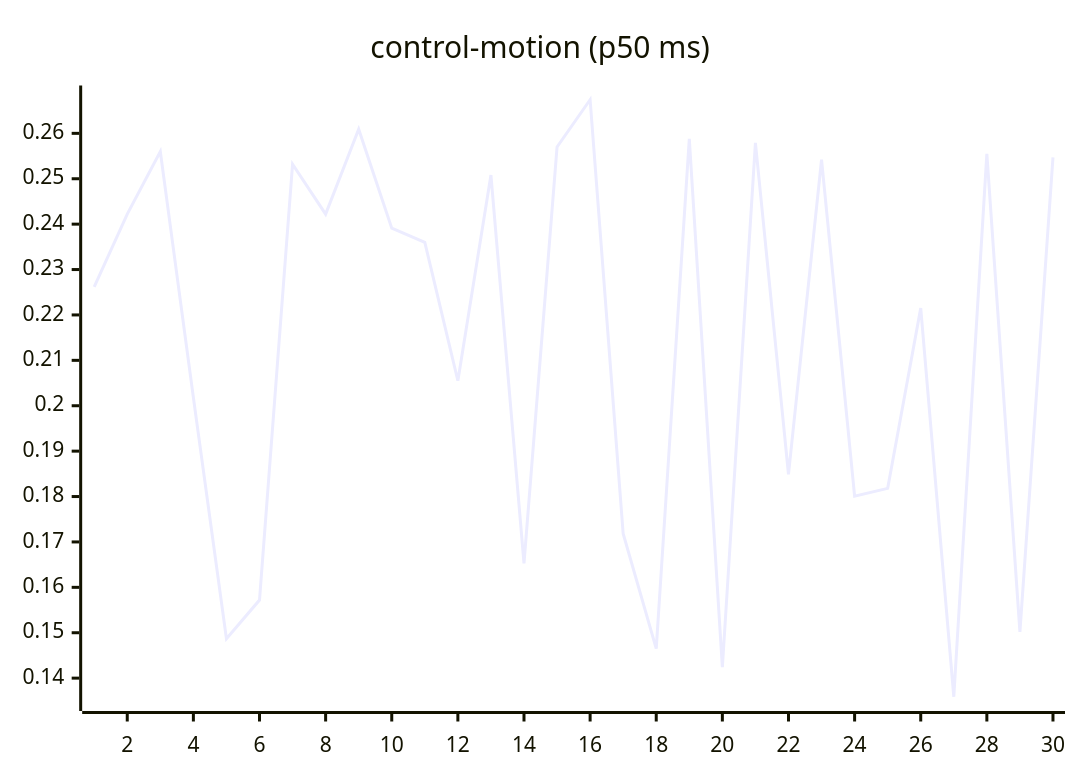
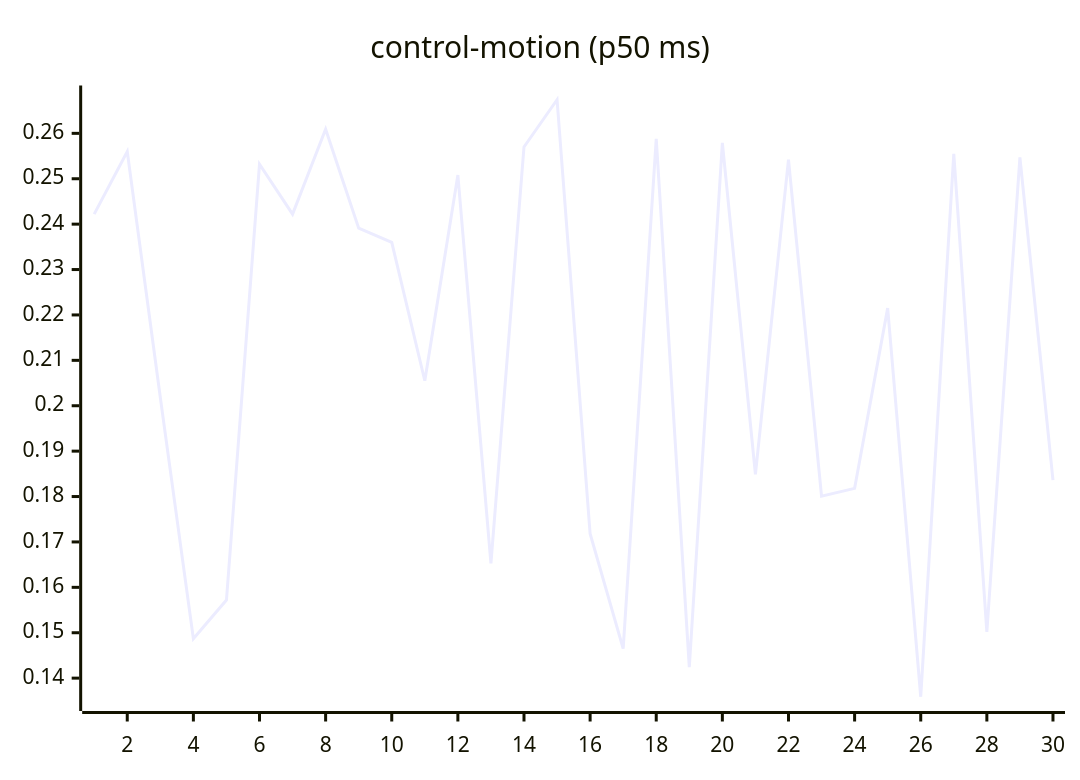
One commit to josha/Facet changed the seventh of 27 diagrams in README.md. Above: the diagram before and after it, drawn with Mermaid. The commit also changed other lines of this file and 2 other files, not shown here.

````diff
--- a/README.md
+++ b/README.md
@@ -105,6 +105,6 @@
 ```mermaid
 xychart-beta
     title "control-motion (p50 ms)"
     x-axis 1 --> 30
-    line [0.2262, 0.2422, 0.2560, 0.2018, 0.1487, 0.1572, 0.2532, 0.2422, 0.2609, 0.2391, 0.2360, 0.2055, 0.2508, 0.1653, 0.2570, 0.2674, 0.1718, 0.1465, 0.2588, 0.1424, 0.2579, 0.1849, 0.2542, 0.1801, 0.1818, 0.2215, 0.1359, 0.2555, 0.1502, 0.2547]
+    line [0.2422, 0.2560, 0.2018, 0.1487, 0.1572, 0.2532, 0.2422, 0.2609, 0.2391, 0.2360, 0.2055, 0.2508, 0.1653, 0.2570, 0.2674, 0.1718, 0.1465, 0.2588, 0.1424, 0.2579, 0.1849, 0.2542, 0.1801, 0.1818, 0.2215, 0.1359, 0.2555, 0.1502, 0.2547, 0.1836]
 ```
````
